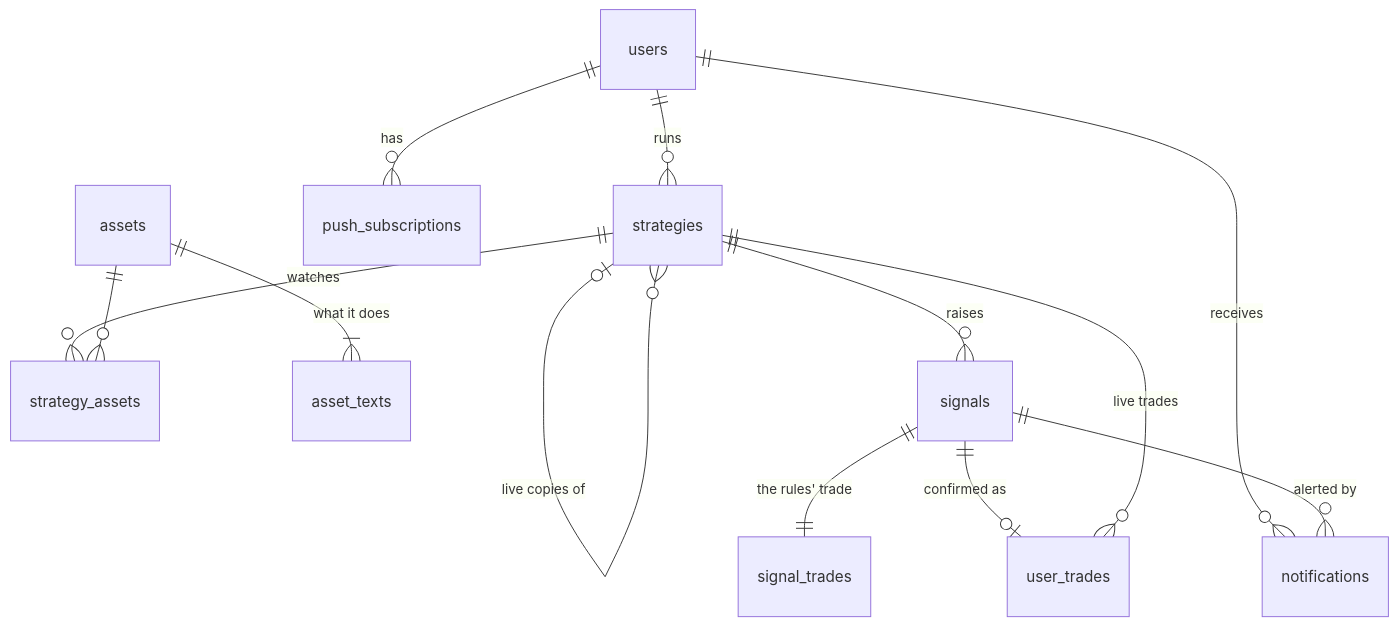
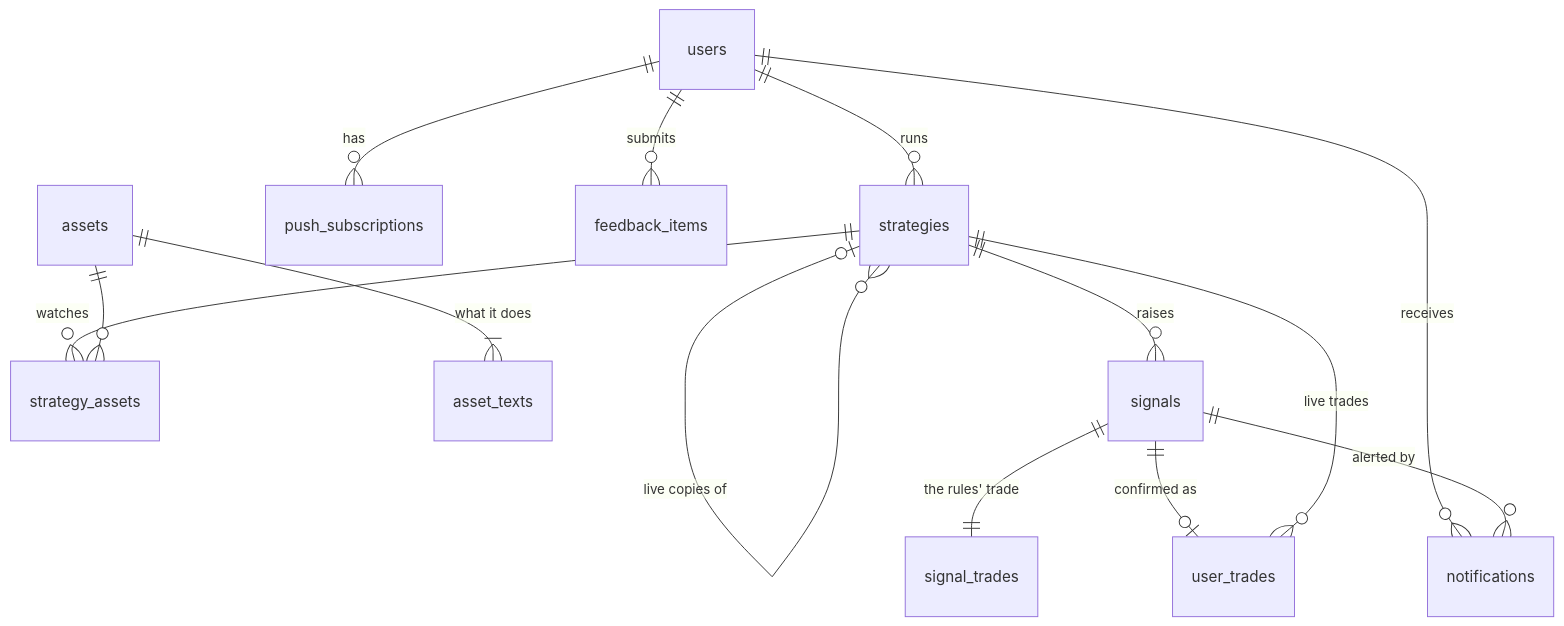
One commit to ernestbofill/strategy-trading-lab changed the diagram in backend/DATA-MODEL.md. Above: the diagram before and after it, drawn with Mermaid. The commit also changed other lines of this file and 40 other files, not shown here.

First line of the commit message:
Full-stack in-app feedback: confirmed users submit, owner reviews (#36) (#48)

````diff
--- a/backend/DATA-MODEL.md
+++ b/backend/DATA-MODEL.md
@@ -40,15 +40,16 @@
 ```mermaid
 erDiagram
     users ||--o{ strategies : runs
     users ||--o{ push_subscriptions : has
     users ||--o{ notifications : receives
+    users ||--o{ feedback_items : submits
     strategies |o--o{ strategies : "live copies of"
     strategies ||--o{ strategy_assets : watches
     assets ||--o{ strategy_assets : ""
     assets ||--|{ asset_texts : "what it does"
     strategies ||--o{ signals : raises
     signals ||--|| signal_trades : "the rules' trade"
     signals ||--o| user_trades : "confirmed as"
     strategies ||--o{ user_trades : "live trades"
     signals ||--o{ notifications : "alerted by"
 ```
````
